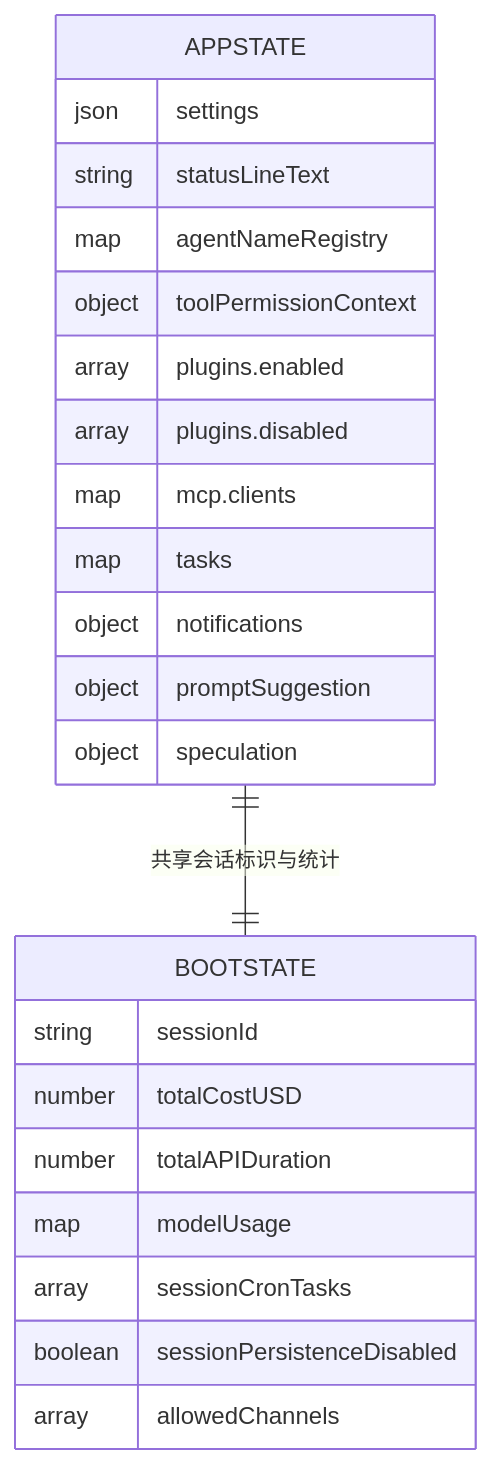
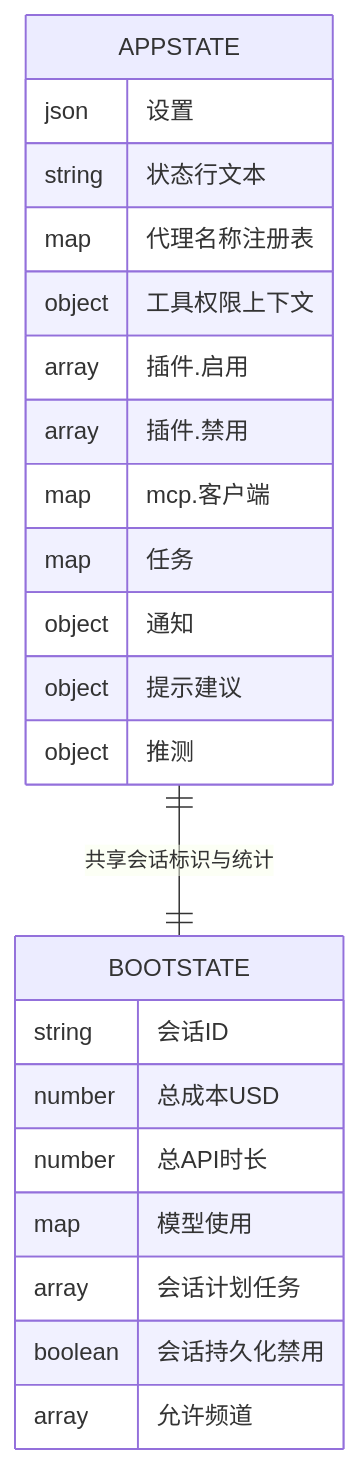
One commit to yuanliu147/claude-code changed the fifth of 6 diagrams in .qoder/repowiki/zh/content/核心架构/核心架构.md. Above: the diagram before and after it, drawn with Mermaid. The commit also changed other lines of this file and 5 other files, not shown here.

````diff
--- a/.qoder/repowiki/zh/content/核心架构/核心架构.md
+++ b/.qoder/repowiki/zh/content/核心架构/核心架构.md
@@ -276,26 +289,26 @@
 ```mermaid
 erDiagram
 APPSTATE {
-json settings
-string statusLineText
-map agentNameRegistry
-object toolPermissionContext
-array plugins.enabled
-array plugins.disabled
-map mcp.clients
-map tasks
-object notifications
-object promptSuggestion
-object speculation
+json 设置
+string 状态行文本
+map 代理名称注册表
+object 工具权限上下文
+array 插件.启用
+array 插件.禁用
+map mcp.客户端
+map 任务
+object 通知
+object 提示建议
+object 推测
 }
 BOOTSTATE {
-string sessionId
-number totalCostUSD
-number totalAPIDuration
-map modelUsage
-array sessionCronTasks
-boolean sessionPersistenceDisabled
-array allowedChannels
+string 会话ID
+number 总成本USD
+number 总API时长
+map 模型使用
+array 会话计划任务
+boolean 会话持久化禁用
+array 允许频道
 }
 APPSTATE ||--|| BOOTSTATE : "共享会话标识与统计"
 ```
````
